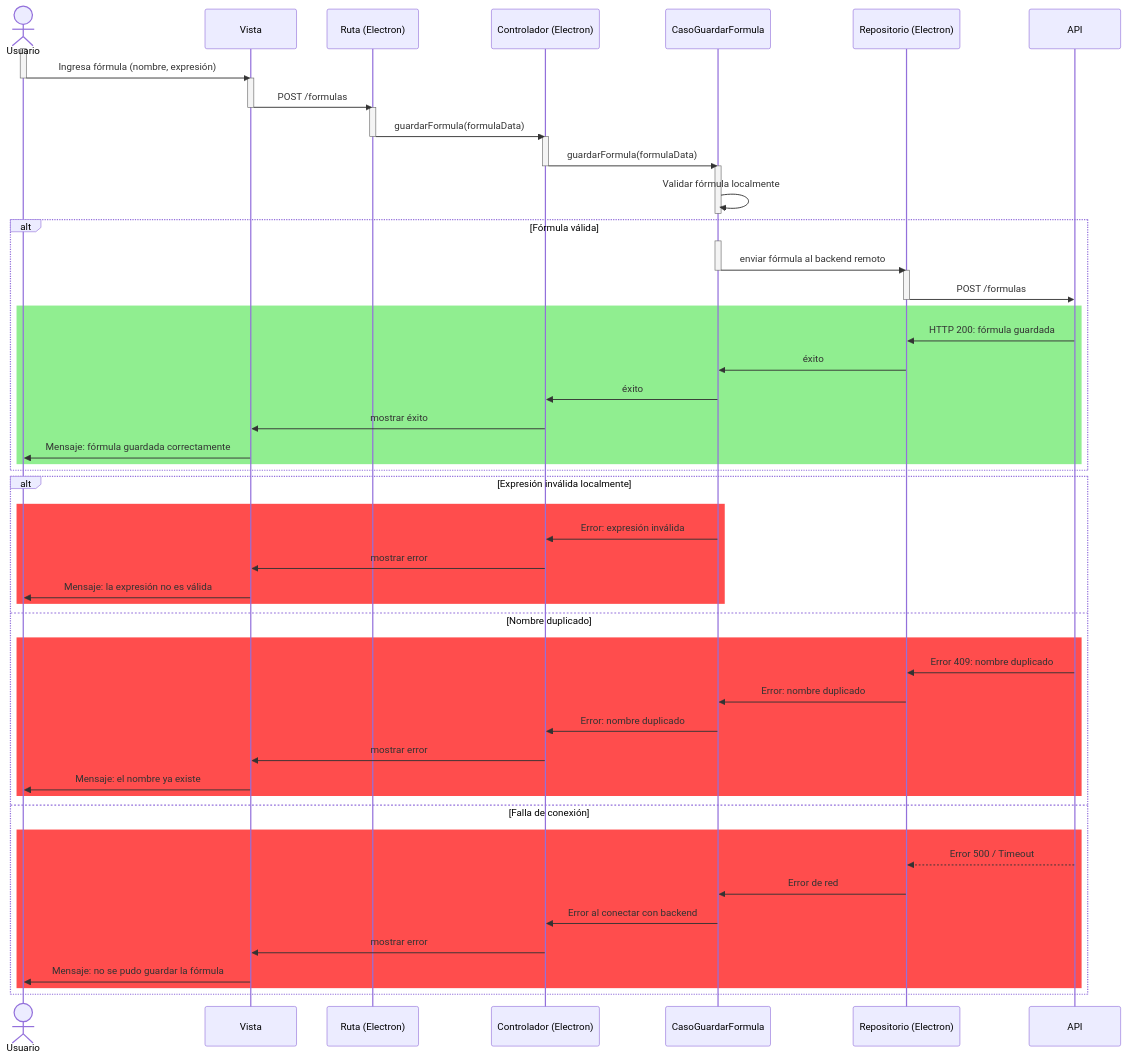
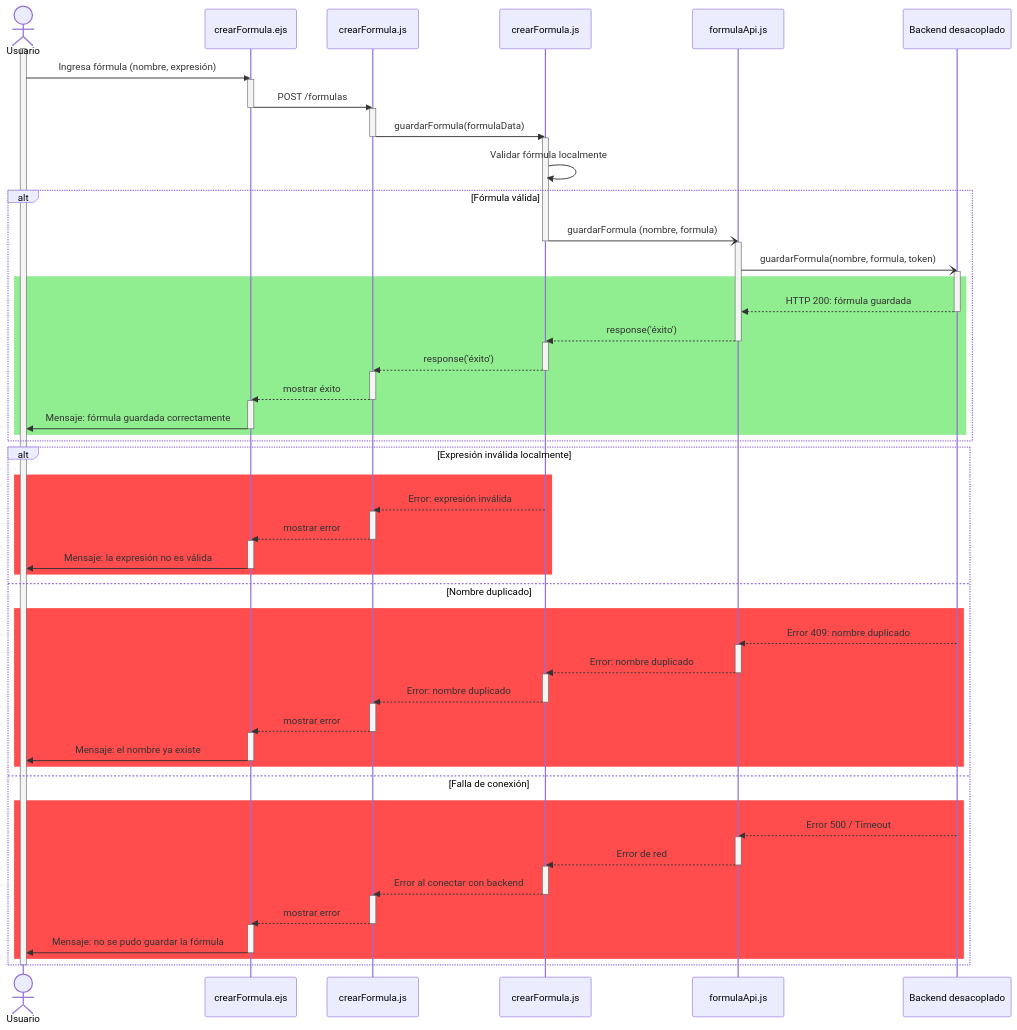
Before and after one commit to CodeAnd-Co/Documentacion: the first of 2 diagrams in documentation/docs/proyectos/tractores/documentacion/requisitos/RF22.md, drawn with Mermaid.

Commit message:
Corregir diagrama de secuencia app local RF22

````diff
--- a/documentation/docs/proyectos/tractores/documentacion/requisitos/RF22.md
+++ b/documentation/docs/proyectos/tractores/documentacion/requisitos/RF22.md
@@ -30,73 +30,93 @@
 ```mermaid
 sequenceDiagram
     actor Usuario
-    participant Vista
-    participant RutaElectron as Ruta (Electron)
-    participant ControladorElectron as Controlador (Electron)
-    participant Caso as CasoGuardarFormula
-    participant RepositorioElectron as Repositorio (Electron)
-    participant API
+    participant Vista as crearFormula.ejs
+    participant utilFormula as crearFormula.js
+    participant Caso as crearFormula.js
+    participant API as formulaApi.js
+    participant server as Backend desacoplado
 
     activate Usuario
     Usuario->>Vista: Ingresa fórmula (nombre, expresión)
-    deactivate Usuario
 
     activate Vista
-    Vista->>RutaElectron: POST /formulas
+    Vista->>utilFormula: POST /formulas
     deactivate Vista
 
-    activate RutaElectron
-    RutaElectron->>ControladorElectron: guardarFormula(formulaData)
-    deactivate RutaElectron
-
-    activate ControladorElectron
-    ControladorElectron->>Caso: guardarFormula(formulaData)
-    deactivate ControladorElectron
+    activate utilFormula
+    utilFormula->>Caso: guardarFormula(formulaData)
+    deactivate utilFormula
 
     activate Caso
     Caso->>Caso: Validar fórmula localmente
-    deactivate Caso
 
     alt Fórmula válida
-        activate Caso
-        Caso->>RepositorioElectron: enviar fórmula al backend remoto
+        Caso-)API: guardarFormula (nombre, formula)
         deactivate Caso
 
-        activate RepositorioElectron
-        RepositorioElectron->>API: POST /formulas
-        deactivate RepositorioElectron
-
+        activate API
+        API-)server: guardarFormula(nombre, formula, token)
+        activate server
         rect LightGreen
-            API ->> RepositorioElectron: HTTP 200: fórmula guardada
-            RepositorioElectron ->> Caso: éxito
-            Caso ->> ControladorElectron: éxito
-            ControladorElectron ->> Vista: mostrar éxito
+            server -->> API: HTTP 200: fórmula guardada
+            deactivate server
+            API -->> Caso: response('éxito')
+            deactivate API
+            activate Caso
+            Caso -->> utilFormula: response('éxito')
+            deactivate Caso
+            activate utilFormula
+            utilFormula -->> Vista: mostrar éxito
+            deactivate utilFormula
+            activate Vista
             Vista ->> Usuario: Mensaje: fórmula guardada correctamente
+            deactivate Vista
         end
     end
 
     %% === FLUJOS ALTERNOS ===
     alt Expresión inválida localmente
         rect rgb(255, 77, 77)
-            Caso ->> ControladorElectron: Error: expresión inválida
-            ControladorElectron ->> Vista: mostrar error
+            Caso -->> utilFormula: Error: expresión inválida
+            activate utilFormula
+            utilFormula -->> Vista: mostrar error
+            deactivate utilFormula
+            activate Vista
             Vista ->> Usuario: Mensaje: la expresión no es válida
+            deactivate Vista
         end
     else Nombre duplicado
         rect rgb(255, 77, 77)
-            API ->> RepositorioElectron: Error 409: nombre duplicado
-            RepositorioElectron ->> Caso: Error: nombre duplicado
-            Caso ->> ControladorElectron: Error: nombre duplicado
-            ControladorElectron ->> Vista: mostrar error
+            server -->> API: Error 409: nombre duplicado
+            activate API
+            API -->> Caso: Error: nombre duplicado
+            deactivate API
+            activate Caso
+            Caso -->> utilFormula: Error: nombre duplicado
+            deactivate Caso
+            activate utilFormula
+            utilFormula -->> Vista: mostrar error
+            deactivate utilFormula
+            activate Vista
             Vista ->> Usuario: Mensaje: el nombre ya existe
+            deactivate Vista
         end
     else Falla de conexión
         rect rgb(255, 77, 77)
-            API -->> RepositorioElectron: Error 500 / Timeout
-            RepositorioElectron ->> Caso: Error de red
-            Caso ->> ControladorElectron: Error al conectar con backend
-            ControladorElectron ->> Vista: mostrar error
+            server -->> API: Error 500 / Timeout
+            activate API
+            API -->> Caso: Error de red
+            deactivate API
+            activate Caso
+            Caso -->> utilFormula: Error al conectar con backend
+            deactivate Caso
+            activate utilFormula
+            utilFormula -->> Vista: mostrar error
+            deactivate utilFormula
+            activate Vista
             Vista ->> Usuario: Mensaje: no se pudo guardar la fórmula
+            deactivate Vista
         end
     end
+    deactivate Usuario
 ```
````
